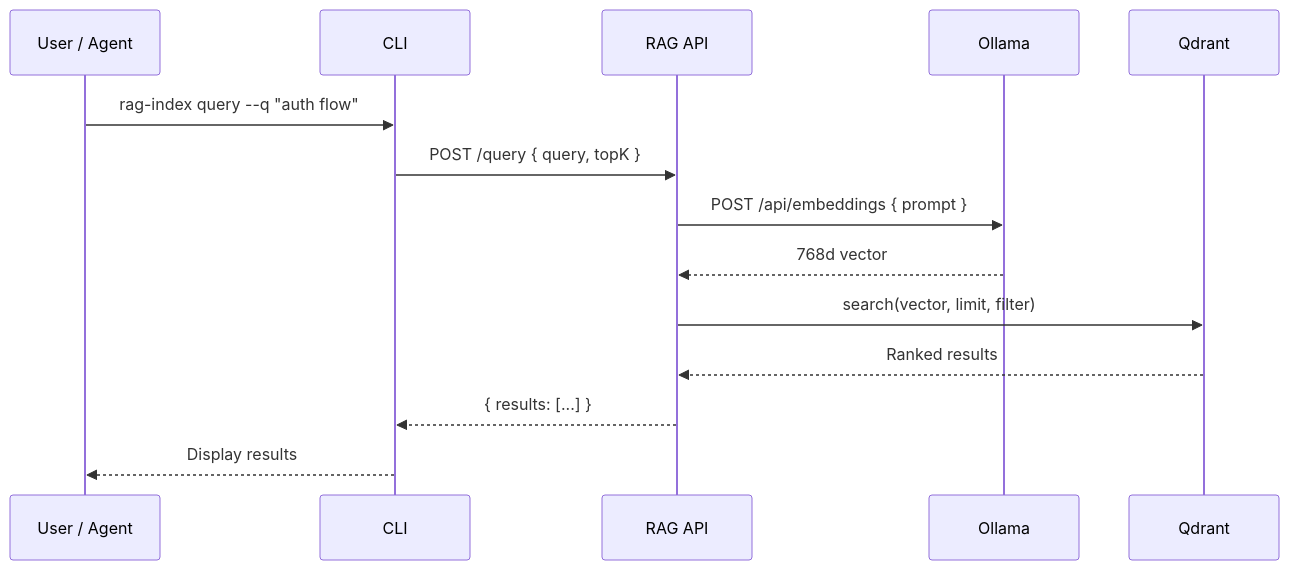
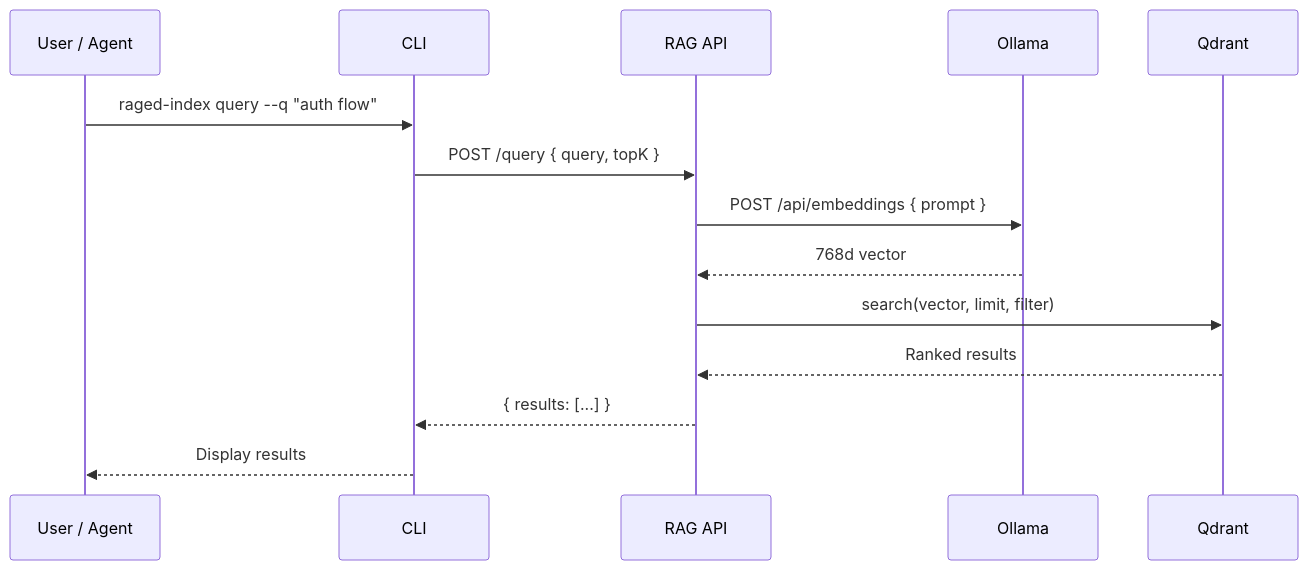
One commit to mfittko/raged changed the fifth of 7 diagrams in docs/01-architecture.md. Above: the diagram before and after it, drawn with Mermaid. The commit also changed other lines of this file and 17 other files, not shown here.

````diff
--- a/docs/01-architecture.md
+++ b/docs/01-architecture.md
@@ -226,17 +226,17 @@
 ```mermaid
 sequenceDiagram
     participant U as User / Agent
     participant C as CLI
     participant A as RAG API
     participant O as Ollama
     participant Q as Qdrant
 
-    U->>C: rag-index query --q "auth flow"
+    U->>C: raged-index query --q "auth flow"
     C->>A: POST /query { query, topK }
     A->>O: POST /api/embeddings { prompt }
     O-->>A: 768d vector
     A->>Q: search(vector, limit, filter)
     Q-->>A: Ranked results
     A-->>C: { results: [...] }
     C-->>U: Display results
 ```
````
